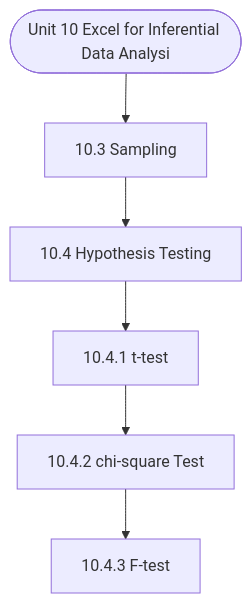
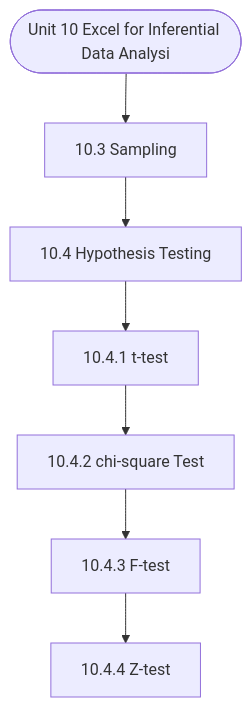
One commit to Asutosh-Coaching/mscdsa changed the diagram in notes/Semester_1/MCS-062_Introduction_to_Data_Science/unit_10_Excel_for_Inferential_Data_Analysis.md. Above: the diagram before and after it, drawn with Mermaid. The commit also changed other lines of this file and 116 other files, not shown here.

````diff
--- a/notes/Semester_1/MCS-062_Introduction_to_Data_Science/unit_10_Excel_for_Inferential_Data_Analysis.md
+++ b/notes/Semester_1/MCS-062_Introduction_to_Data_Science/unit_10_Excel_for_Inferential_Data_Analysis.md
@@ -19,14 +19,16 @@
 ```mermaid
 flowchart TD
   Start(["Unit 10 Excel for Inferential Data Analysi"])
   N1["10.3 Sampling"]
   N2["10.4 Hypothesis Testing"]
   N3["10.4.1 t-test"]
   N4["10.4.2 chi-square Test"]
   N5["10.4.3 F-test"]
+  N6["10.4.4 Z-test"]
   Start --> N1
   N1 --> N2
   N2 --> N3
   N3 --> N4
   N4 --> N5
+  N5 --> N6
 ```
````
